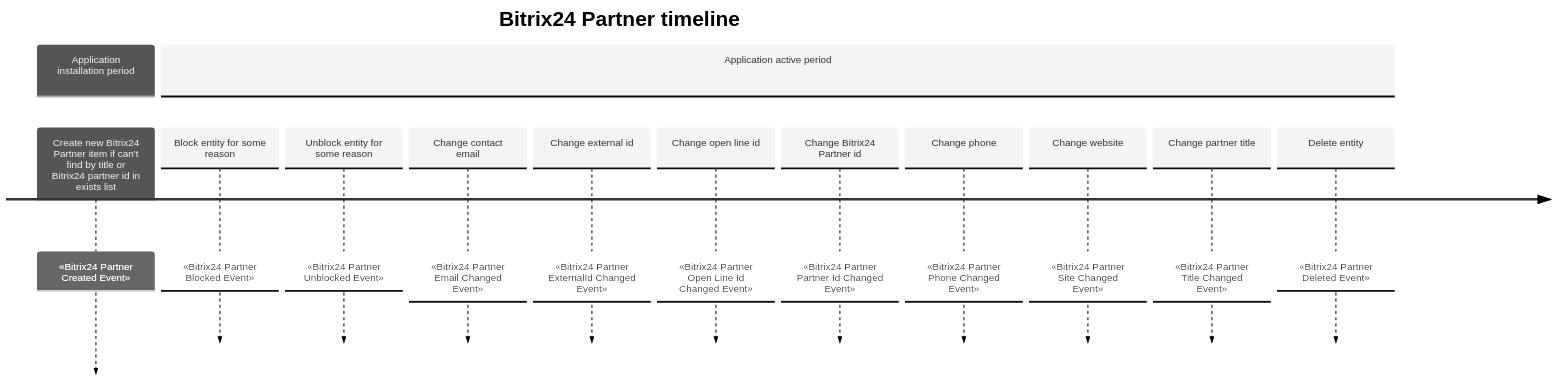
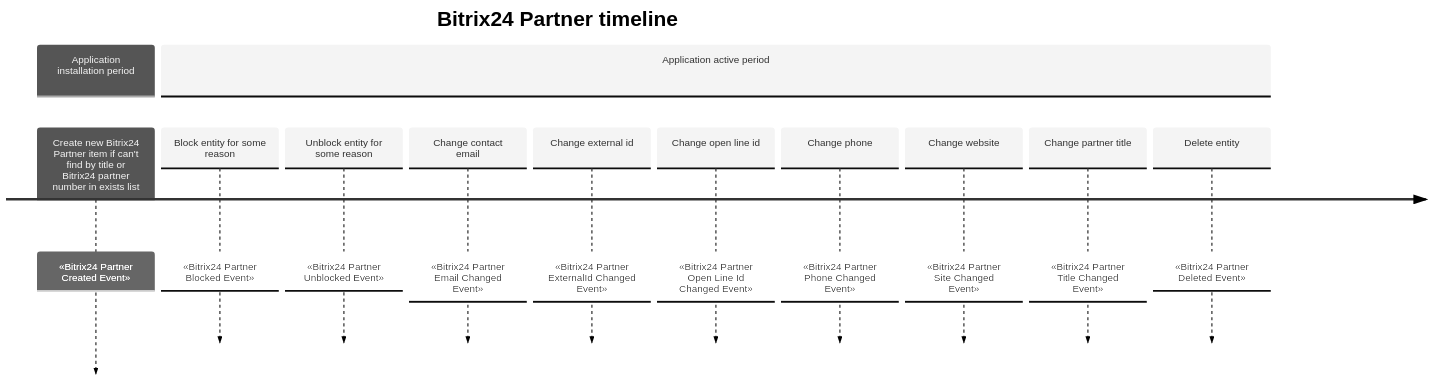
Before and after one commit to bitrix24/b24phpsdk: the second of 2 diagrams in src/Application/Contracts/Bitrix24Partners/Docs/Bitrix24Partners.md, drawn with Mermaid. The commit also changed other lines of this file and 7 other files, not shown here.

First line of the commit message:
Rename getBitrix24PartnerId to getBitrix24PartnerNumber in Bitrix24PartnerInterface

````diff
--- a/src/Application/Contracts/Bitrix24Partners/Docs/Bitrix24Partners.md
+++ b/src/Application/Contracts/Bitrix24Partners/Docs/Bitrix24Partners.md
@@ -91,18 +86,17 @@
 ```mermaid
 %%{init: { 'logLevel': 'debug', 'theme': 'neutral' } }%%
 timeline
 title Bitrix24 Partner timeline
 section Application installation period
-Create new Bitrix24 Partner item if can't find by title or Bitrix24 partner id in exists list: «Bitrix24 Partner Created Event»    
+Create new Bitrix24 Partner item if can't find by title or Bitrix24 partner number in exists list: «Bitrix24 Partner Created Event»    
 section Application active period
 Block  entity for some reason : «Bitrix24 Partner Blocked Event»
 Unblock entity for some reason  : «Bitrix24 Partner Unblocked Event»
 Change  contact email : «Bitrix24 Partner Email Changed Event»
 Change  external id : «Bitrix24 Partner ExternalId Changed Event»
 Change  open line id : «Bitrix24 Partner Open Line Id Changed Event»
-Change  Bitrix24 Partner id : «Bitrix24 Partner Partner Id Changed Event»
 Change phone : «Bitrix24 Partner Phone Changed Event»
 Change website : «Bitrix24 Partner Site Changed Event»
 Change partner title : «Bitrix24 Partner Title Changed Event»
 Delete entity : «Bitrix24 Partner Deleted Event»
 ```
````
